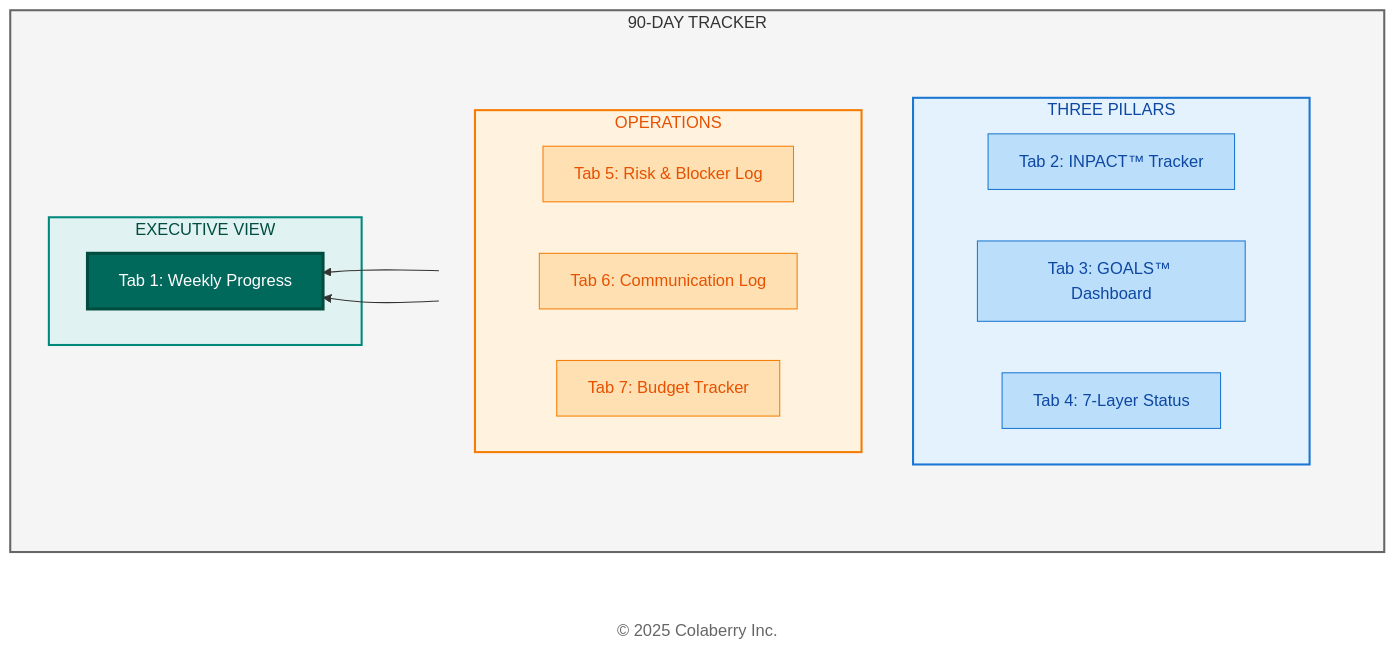
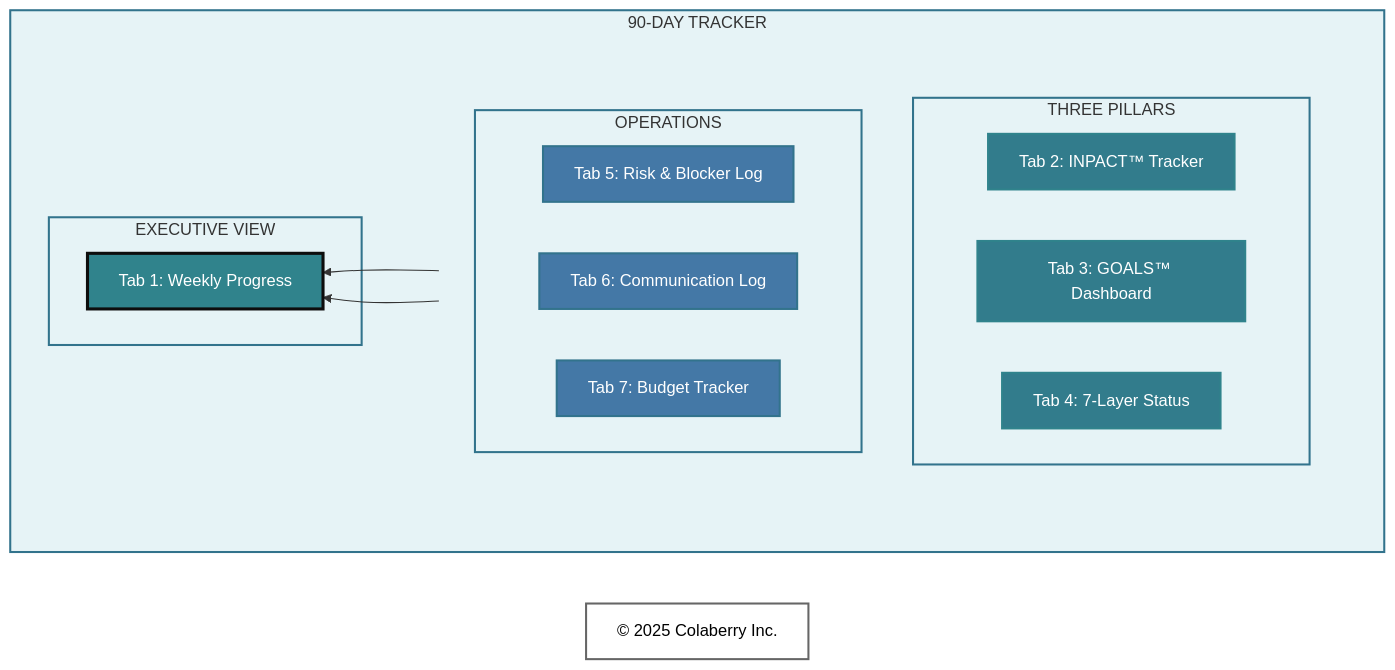
One commit to colaberry/trust-before-intelligence-book changed the seventh of 7 diagrams in manuscript/11_chapter_10_week_by_week_implementation.md. Above: the diagram before and after it, drawn with Mermaid. The commit also changed other lines of this file, not shown here.

Commit message:
Update mermaid diagrams as per new coloberry color and contrast ratio for chapter 11

````diff
--- a/manuscript/11_chapter_10_week_by_week_implementation.md
+++ b/manuscript/11_chapter_10_week_by_week_implementation.md
@@ -1701,47 +1702,47 @@
 ```mermaid
 
 graph RL
     subgraph TRACKER["90-DAY TRACKER"]
         direction RL
         subgraph EXECUTIVE["EXECUTIVE VIEW"]
             T1["Tab 1: Weekly Progress"]
         end
         
         subgraph FEEDS[" "]
             direction TB
             subgraph PILLARS["THREE PILLARS"]
                 direction RL
                 T2["Tab 2: INPACT™ Tracker"]
                 T3["Tab 3: GOALS™ Dashboard"]
                 T4["Tab 4: 7-Layer Status"]
             end
             
             subgraph OPS["OPERATIONS"]
                 direction RL
                 T5["Tab 5: Risk & Blocker Log"]
                 T6["Tab 6: Communication Log"]
                 T7["Tab 7: Budget Tracker"]
             end
         end
     end
     
     Copyright["© 2025 Colaberry Inc."]
     
     PILLARS --> T1
     OPS --> T1
 
-    style TRACKER fill:#f5f5f5,stroke:#666666,stroke-width:2px,color:#333333
-    style EXECUTIVE fill:#e0f2f1,stroke:#00897b,stroke-width:2px,color:#004d40
+    style TRACKER fill:#E6F3F6,stroke:#32738C,stroke-width:2px
+    style EXECUTIVE fill:#E6F3F6,stroke:#32738C,stroke-width:2px
     style FEEDS fill:none,stroke:none
-    style PILLARS fill:#e3f2fd,stroke:#1976d2,stroke-width:2px,color:#0d47a1
-    style OPS fill:#fff3e0,stroke:#f57c00,stroke-width:2px,color:#e65100
-    style T1 fill:#00695c,color:#ffffff,stroke:#004d40,stroke-width:3px
-    style T2 fill:#bbdefb,stroke:#1976d2,color:#0d47a1
-    style T3 fill:#bbdefb,stroke:#1976d2,color:#0d47a1
-    style T4 fill:#bbdefb,stroke:#1976d2,color:#0d47a1
-    style T5 fill:#ffe0b2,stroke:#f57c00,color:#e65100
-    style T6 fill:#ffe0b2,stroke:#f57c00,color:#e65100
-    style T7 fill:#ffe0b2,stroke:#f57c00,color:#e65100
-    style Copyright fill:#ffffff,stroke:none,color:#666666
+    style PILLARS fill:#E6F3F6,stroke:#32738C,stroke-width:2px
+    style OPS fill:#E6F3F6,stroke:#32738C,stroke-width:2px
+    style T1 fill:#30838C,stroke:#0D0D0D,stroke-width:3px,color:#ffffff
+    style T2 fill:#327C8C,stroke:#30838C,stroke-width:2px,color:#ffffff
+    style T3 fill:#327C8C,stroke:#30838C,stroke-width:2px,color:#ffffff
+    style T4 fill:#327C8C,stroke:#30838C,stroke-width:2px,color:#ffffff
+    style T5 fill:#4478A6,stroke:#32738C,stroke-width:2px,color:#ffffff
+    style T6 fill:#4478A6,stroke:#32738C,stroke-width:2px,color:#ffffff
+    style T7 fill:#4478A6,stroke:#32738C,stroke-width:2px,color:#ffffff
+    style Copyright fill:#ffffff,stroke:#666666,stroke-width:2px,color:#000000
 
 ```
````
